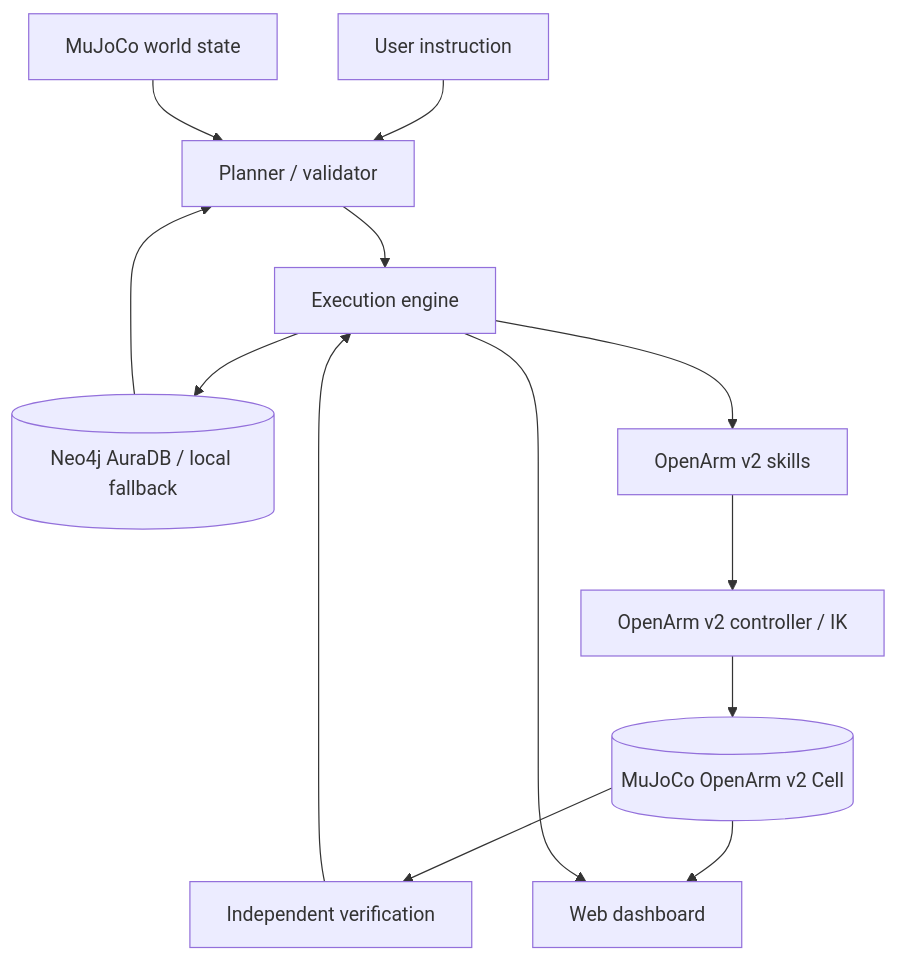
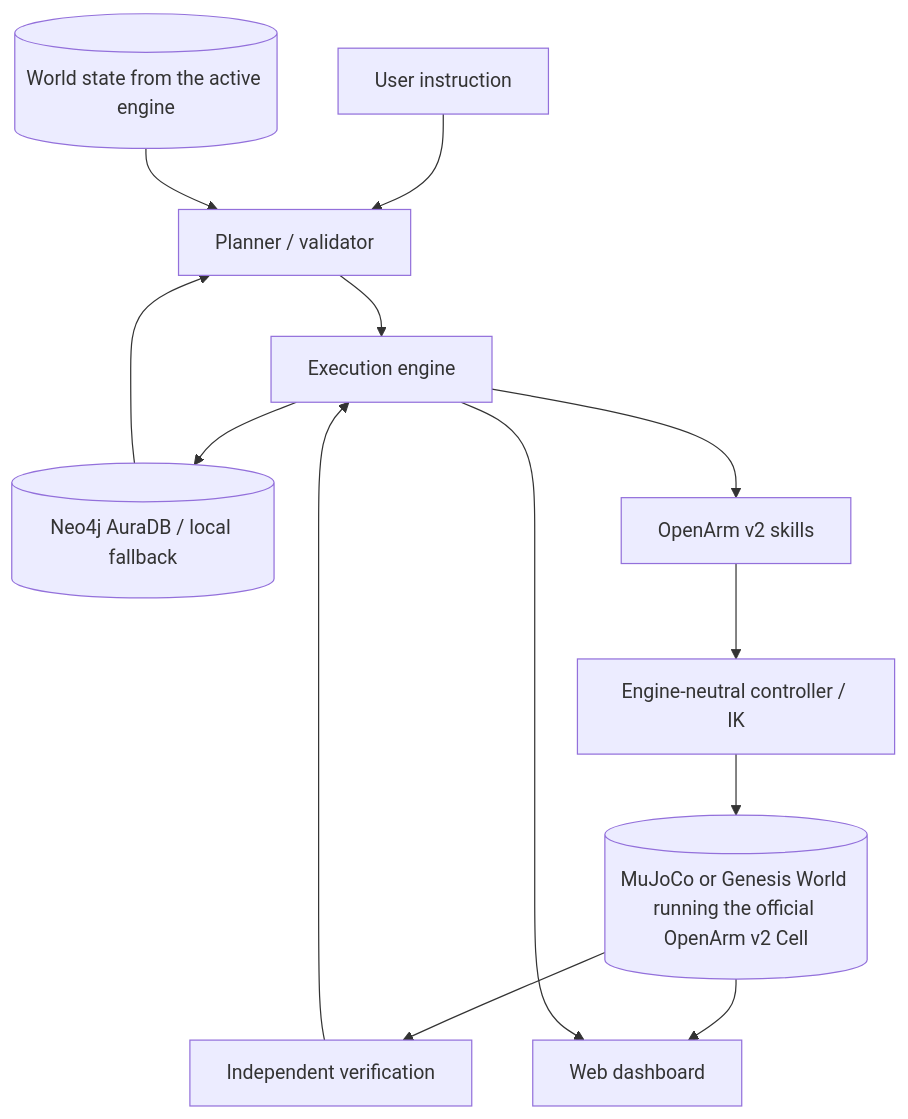
One commit to syun88/Sim-Agent changed the diagram in README.md. Above: the diagram before and after it, drawn with Mermaid. The commit also changed other lines of this file and 25 other files, not shown here.

First line of the commit message:
Add an engine-neutral simulation layer and a Genesis World backend

````diff
--- a/README.md
+++ b/README.md
@@ -108,15 +143,15 @@
 ```mermaid
 flowchart TD
   U[User instruction] --> P[Planner / validator]
-  W[MuJoCo world state] --> P
+  W[(World state from the active engine)] --> P
   M[(Neo4j AuraDB / local fallback)] --> P
   P --> E[Execution engine]
   E --> S[OpenArm v2 skills]
-  S --> C[OpenArm v2 controller / IK]
-  C --> Q[(MuJoCo OpenArm v2 Cell)]
+  S --> C[Engine-neutral controller / IK]
+  C --> Q[(MuJoCo or Genesis World running the official OpenArm v2 Cell)]
   Q --> V[Independent verification]
   V --> E
   E --> M
   Q --> F[Web dashboard]
   E --> F
 ```
````
